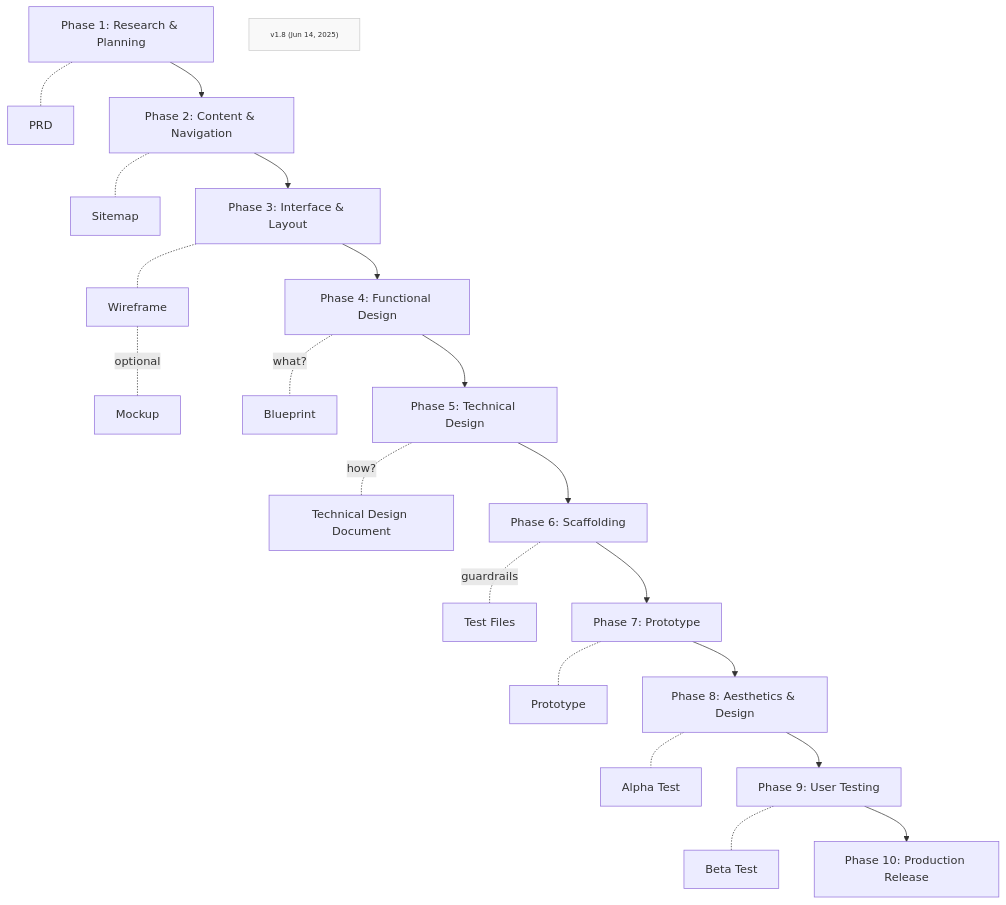
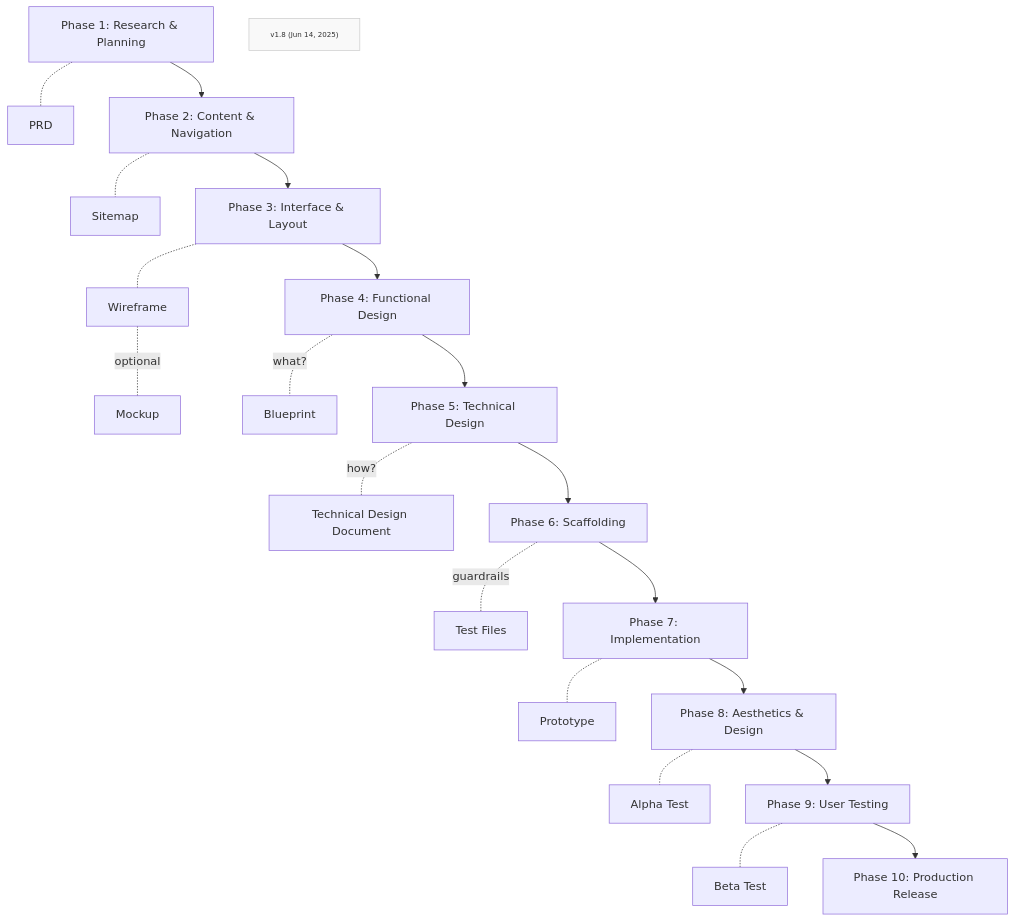
Before and after one commit to Mharbulous/Front-First-Method: the first of 2 diagrams in Phases/FF-overview.md, drawn with Mermaid.

````diff
--- a/Phases/FF-overview.md
+++ b/Phases/FF-overview.md
@@ -1,26 +1,26 @@
 ```mermaid
 graph TD
     Phase1["Phase 1: Research & Planning"] -.- PRD["PRD"]
     Phase1 --> Phase2["Phase 2: Content & Navigation"]
     Phase2 -.- Sitemap["Sitemap"]
     Phase2 --> Phase3["Phase 3: Interface & Layout"]
     Phase3 -.- Wireframe["Wireframe"]
     Wireframe -.- |optional|Mockup["Mockup"]
     Phase3 --> Phase4["Phase 4: Functional Design"]
     Phase4 -.- |what?|Blueprint["Blueprint"]
     Phase4 --> Phase5["Phase 5: Technical Design"]
     Phase5 -.- |how?|TechDesign["Technical Design Document"]
     Phase5 --> Phase6["Phase 6: Scaffolding"]
     Phase6 -.- |guardrails|Specs["Test Files"]
-    Phase6 --> Phase7["Phase 7: Prototype"]
+    Phase6 --> Phase7["Phase 7: Implementation"]
     Phase7 -.- Prototype["Prototype"]
     Phase7 --> Phase8["Phase 8: Aesthetics & Design"]
     Phase8 -.- Alpha["Alpha Test"]
     Phase8 --> Phase9["Phase 9: User Testing"]
     Phase9 -.- Beta["Beta Test"]
     Phase9 --> Phase10["Phase 10: Production Release"]
 
     VersionInfo["v1.8 (Jun 14, 2025)"]
     classDef version fill:#f9f9f9,stroke:#ccc,font-size:10px;
     class VersionInfo version
 ```
````
